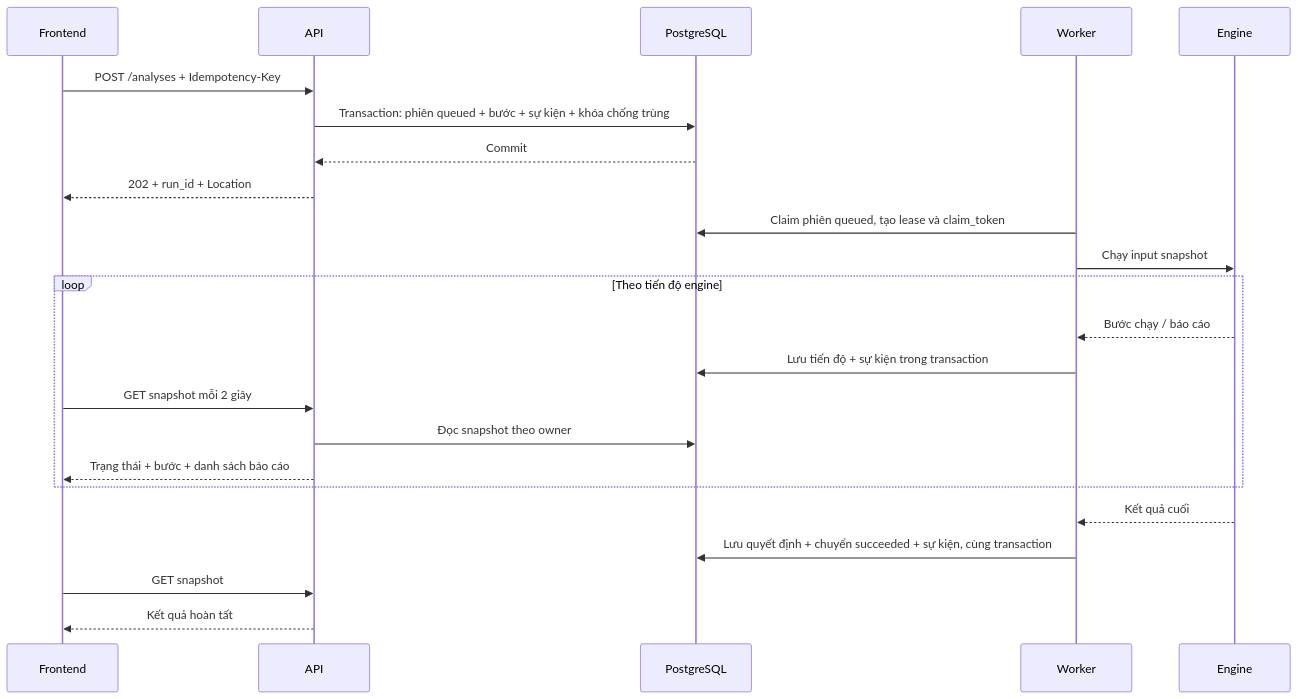
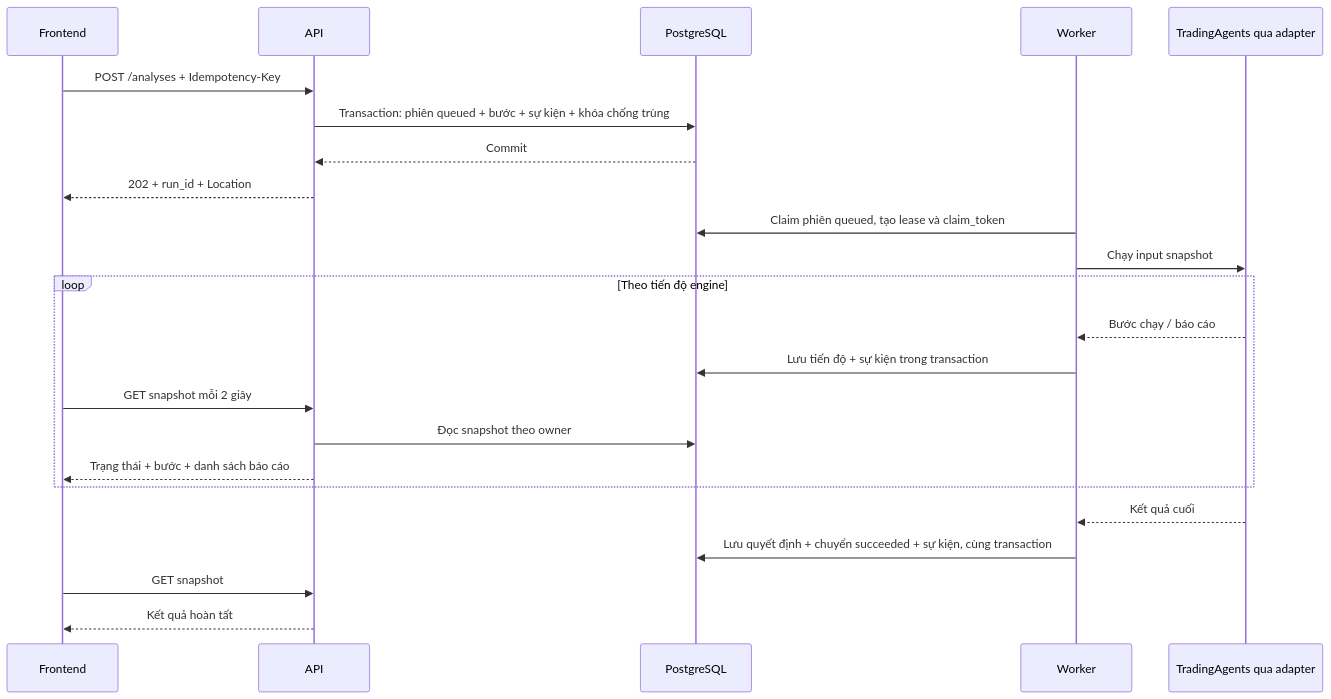
The second of 2 diagrams in docs/system-architecture.md (SoiBeo1010/DACN), drawn with Mermaid before and after one commit. The commit also changed other lines of this file and 9 other files, not shown here.

Commit message:
Require live TradingAgents integration in MVP1 docs

````diff
--- a/docs/system-architecture.md
+++ b/docs/system-architecture.md
@@ -79,26 +79,26 @@
 ```mermaid
 sequenceDiagram
     participant UI as Frontend
     participant API as API
     participant DB as PostgreSQL
     participant W as Worker
-    participant E as Engine
+    participant E as TradingAgents qua adapter
 
     UI->>API: POST /analyses + Idempotency-Key
     API->>DB: Transaction: phiên queued + bước + sự kiện + khóa chống trùng
     DB-->>API: Commit
     API-->>UI: 202 + run_id + Location
     W->>DB: Claim phiên queued, tạo lease và claim_token
     W->>E: Chạy input snapshot
     loop Theo tiến độ engine
         E-->>W: Bước chạy / báo cáo
         W->>DB: Lưu tiến độ + sự kiện trong transaction
         UI->>API: GET snapshot mỗi 2 giây
         API->>DB: Đọc snapshot theo owner
         API-->>UI: Trạng thái + bước + danh sách báo cáo
     end
     E-->>W: Kết quả cuối
     W->>DB: Lưu quyết định + chuyển succeeded + sự kiện, cùng transaction
     UI->>API: GET snapshot
     API-->>UI: Kết quả hoàn tất
 ```
````
